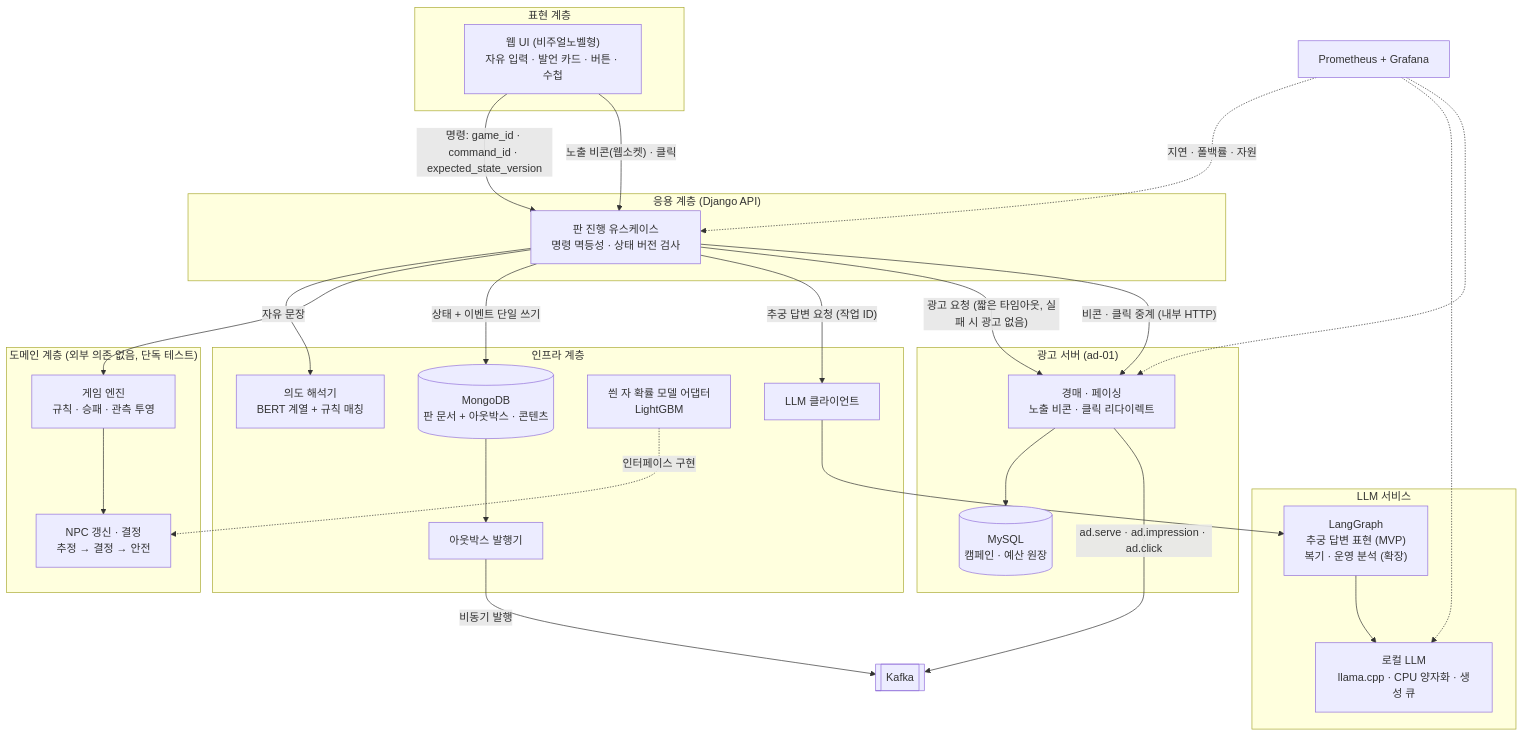
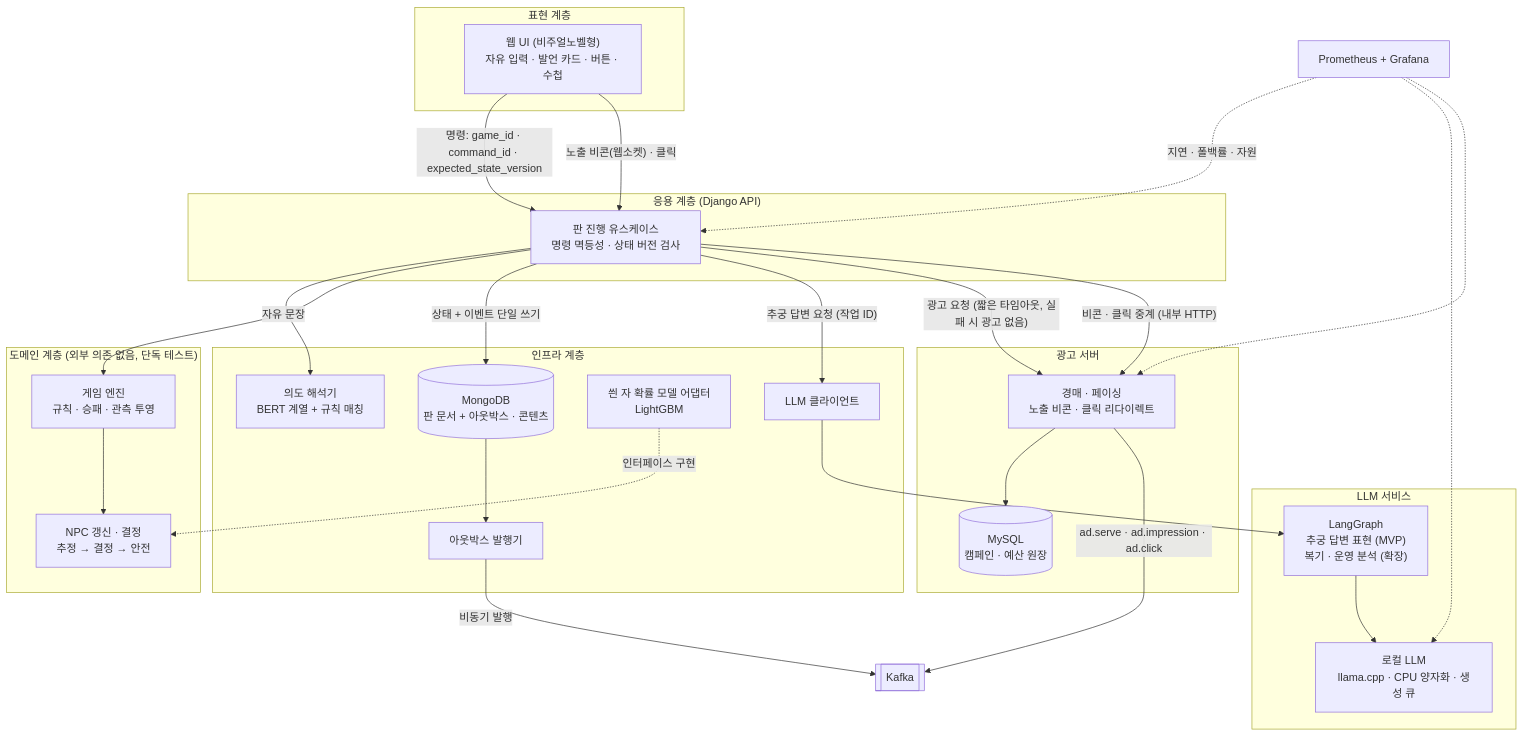
The first of 3 diagrams in docs/paldo_design_v1.md (encore-ai-campus/mlo-01-p4-team3), drawn with Mermaid before and after one commit. The commit also changed other lines of this file and 13 other files, not shown here.

````diff
--- a/docs/paldo_design_v1.md
+++ b/docs/paldo_design_v1.md
@@ -218,54 +253,54 @@
 ```mermaid
 flowchart TB
   subgraph P["표현 계층"]
     UI["웹 UI (비주얼노벨형)<br/>자유 입력 · 발언 카드 · 버튼 · 수첩"]
   end
 
   subgraph A["응용 계층 (Django API)"]
     UC["판 진행 유스케이스<br/>명령 멱등성 · 상태 버전 검사"]
   end
 
   subgraph D["도메인 계층 (외부 의존 없음, 단독 테스트)"]
     ENG["게임 엔진<br/>규칙 · 승패 · 관측 투영"]
     NPC["NPC 갱신 · 결정<br/>추정 → 결정 → 안전"]
   end
 
   subgraph I["인프라 계층"]
     DB[("MongoDB<br/>판 문서 + 아웃박스 · 콘텐츠")]
     INT["의도 해석기<br/>BERT 계열 + 규칙 매칭"]
     MDL["씐 자 확률 모델 어댑터<br/>LightGBM"]
     LLMC["LLM 클라이언트"]
     PUB["아웃박스 발행기"]
   end
 
   subgraph L["LLM 서비스"]
     LG["LangGraph<br/>추궁 답변 표현 (MVP)<br/>복기 · 운영 분석 (확장)"]
     LLM["로컬 LLM<br/>llama.cpp · CPU 양자화 · 생성 큐"]
   end
 
   UI -->|"명령: game_id · command_id · expected_state_version"| UC
   UC -->|"자유 문장"| INT
   UC --> ENG
   ENG --> NPC
   MDL -.->|"인터페이스 구현"| NPC
   UC -->|"상태 + 이벤트 단일 쓰기"| DB
   UC -->|"추궁 답변 요청 (작업 ID)"| LLMC
   LLMC --> LG --> LLM
   DB --> PUB
   PUB -->|"비동기 발행"| K[["Kafka"]]
 
-  subgraph AD["광고 서버 (ad-01)"]
+  subgraph AD["광고 서버"]
     ADS["경매 · 페이싱<br/>노출 비콘 · 클릭 리다이렉트"]
     ADB[("MySQL<br/>캠페인 · 예산 원장")]
   end
 
   UC -->|"광고 요청 (짧은 타임아웃, 실패 시 광고 없음)"| ADS
   UI -->|"노출 비콘(웹소켓) · 클릭"| UC
   UC -->|"비콘 · 클릭 중계 (내부 HTTP)"| ADS
   ADS --> ADB
   ADS -->|"ad.serve · ad.impression · ad.click"| K
 
   MON["Prometheus + Grafana"] -.->|"지연 · 폴백률 · 자원"| UC
   MON -.-> LLM
   MON -.-> ADS
 ```
````
